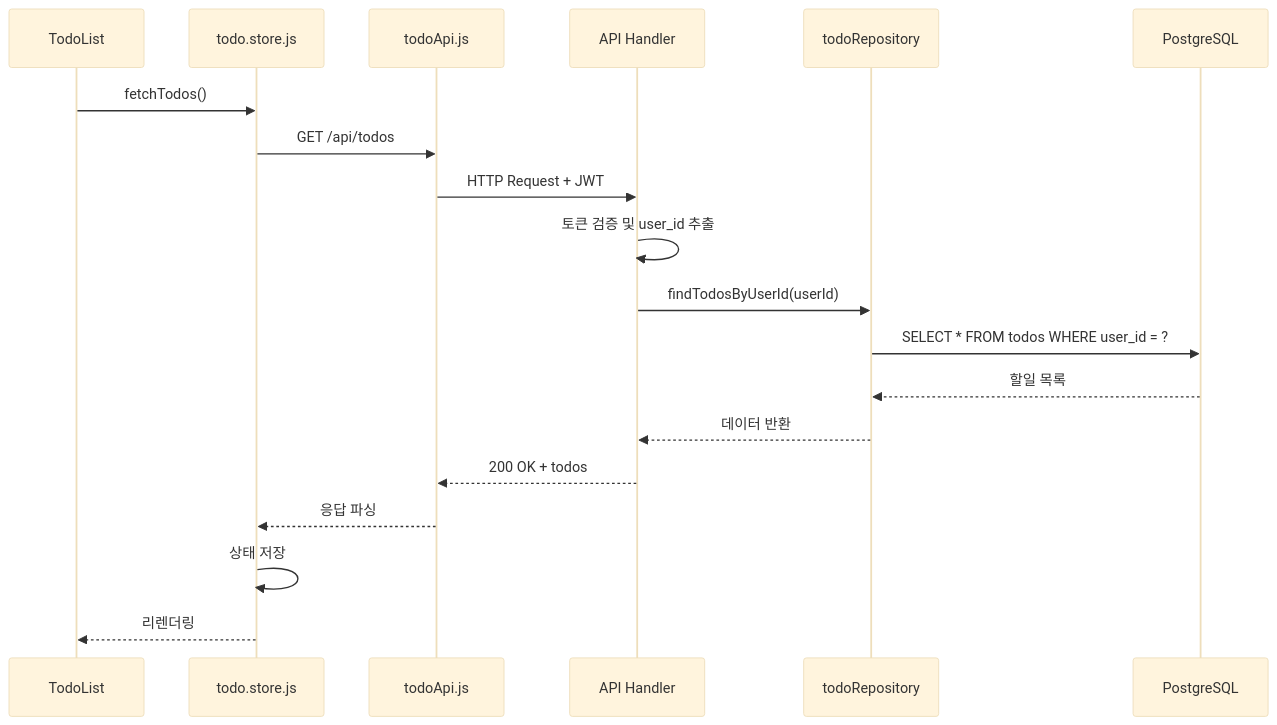
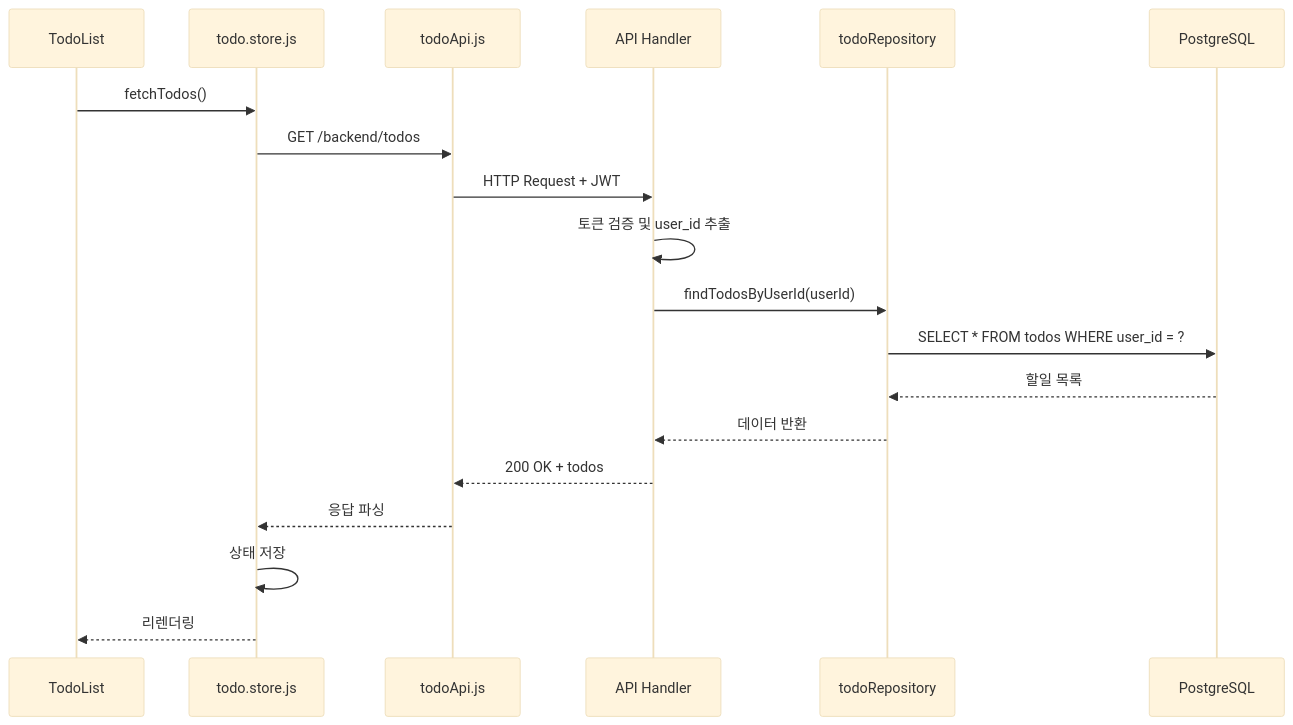
The sixth of 14 diagrams in docs/5-arch-diagram.md (oopitzzz/WHATtodo), drawn with Mermaid (base theme) before and after one commit. The commit also changed other lines of this file and 3 other files, not shown here.

First line of the commit message:
docs: 디렉토리 경로 업데이트 - api/ → backend/, mockup/ → frontend/

````diff
--- a/docs/5-arch-diagram.md
+++ b/docs/5-arch-diagram.md
@@ -184,22 +184,22 @@
 ```mermaid
 sequenceDiagram
     participant UI as TodoList
     participant Store as todo.store.js
     participant API as todoApi.js
     participant Backend as API Handler
     participant Repo as todoRepository
     participant DB as PostgreSQL
 
     UI->>Store: fetchTodos()
-    Store->>API: GET /api/todos
+    Store->>API: GET /backend/todos
     API->>Backend: HTTP Request + JWT
     Backend->>Backend: 토큰 검증 및 user_id 추출
     Backend->>Repo: findTodosByUserId(userId)
     Repo->>DB: SELECT * FROM todos WHERE user_id = ?
     DB-->>Repo: 할일 목록
     Repo-->>Backend: 데이터 반환
     Backend-->>API: 200 OK + todos
     API-->>Store: 응답 파싱
     Store->>Store: 상태 저장
     Store-->>UI: 리렌더링
 ```
````
